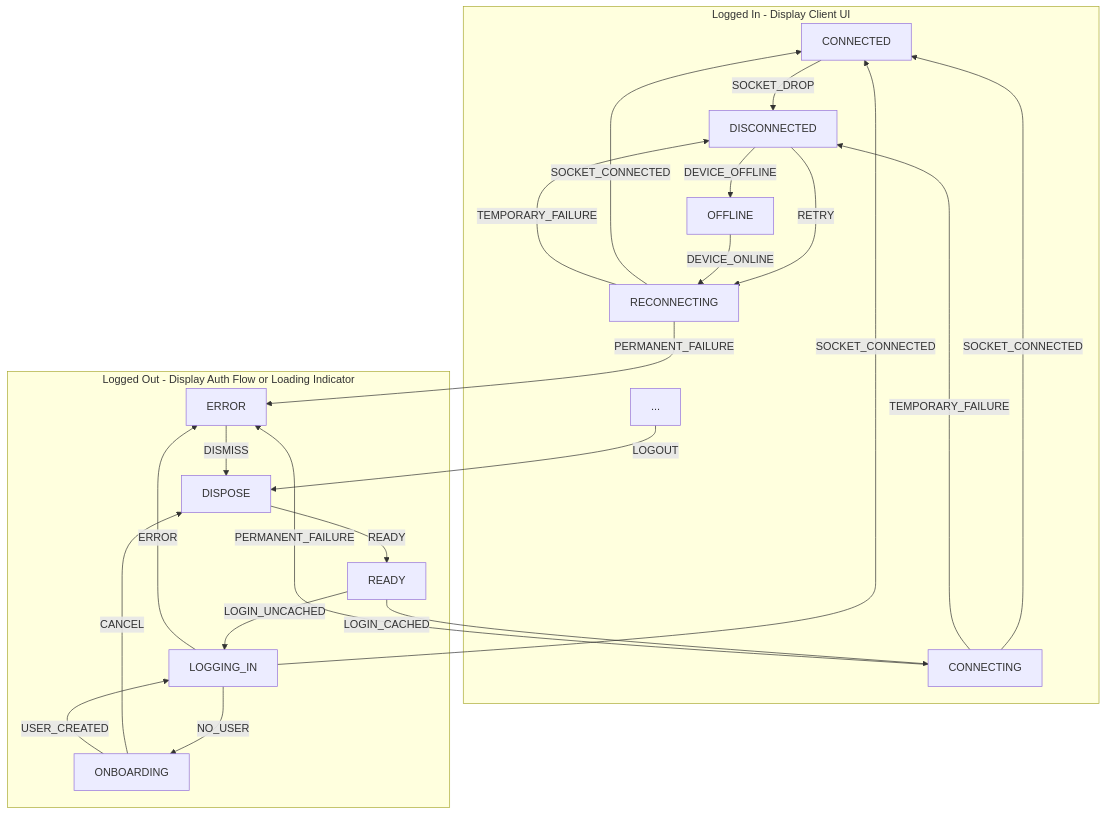
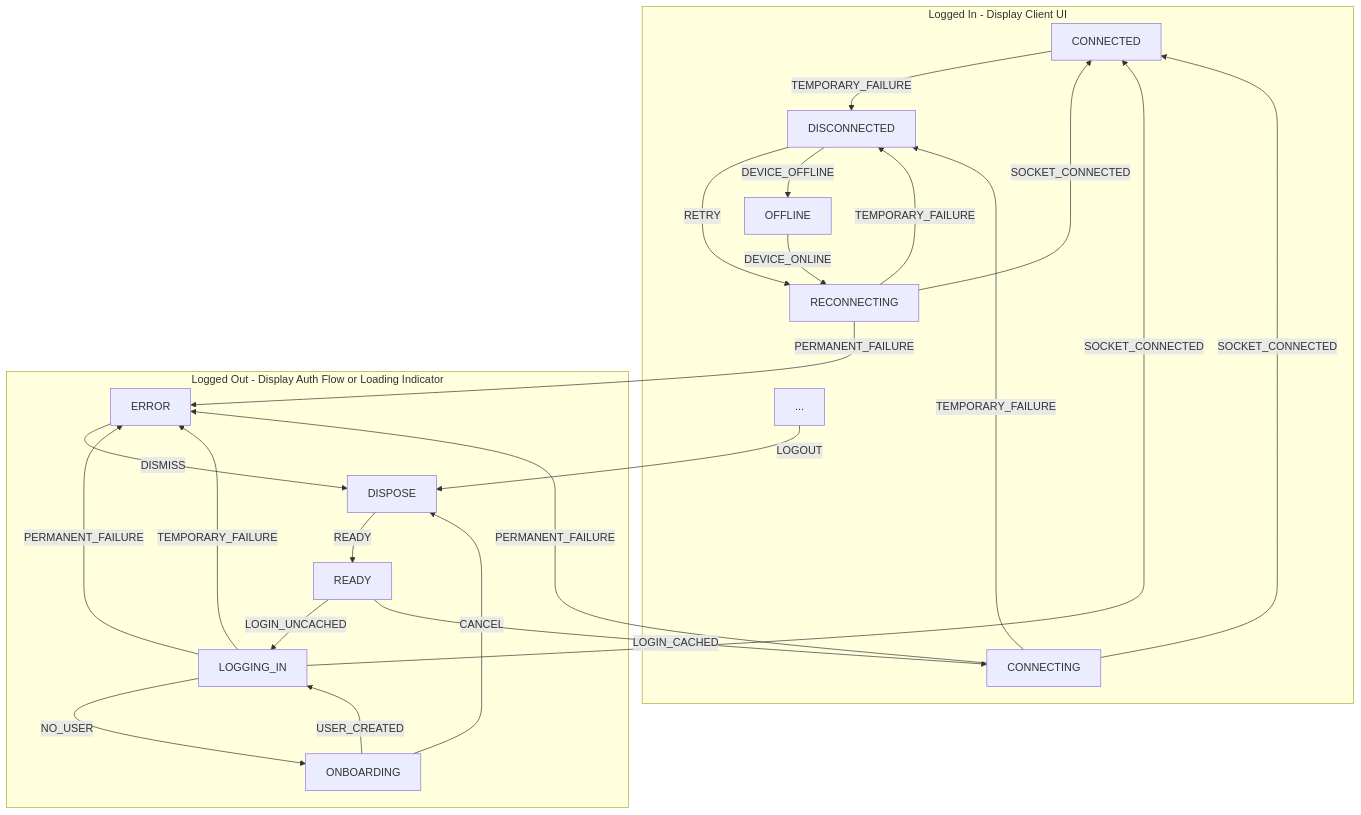
Before and after one commit to revoltchat/frontend: the diagram in doc/src/components/client/session-lifecycle.md, drawn with Mermaid. The commit also changed 1 other file, not shown here.

Commit message:
refactor: remove SOCKET_DROP transition

````diff
--- a/doc/src/components/client/session-lifecycle.md
+++ b/doc/src/components/client/session-lifecycle.md
@@ -9,43 +9,44 @@
 ```mermaid
 flowchart TD
 subgraph LOGGED_IN[Logged In - Display Client UI]
 CONNECTED
 CONNECTING
 RECONNECTING
 DISCONNECTED
 OFFLINE
 ...
 end
 
 subgraph LOGGED_OUT[Logged Out - Display Auth Flow or Loading Indicator]
 READY
 LOGGING_IN
 ONBOARDING
 DISPOSE
 ERROR
 end
 
 READY -->|LOGIN_UNCACHED| LOGGING_IN
 READY -->|LOGIN_CACHED| CONNECTING
 LOGGING_IN -->|NO_USER| ONBOARDING
-LOGGING_IN -->|ERROR| ERROR
+LOGGING_IN -->|PERMANENT_FAILURE| ERROR
+LOGGING_IN -->|TEMPORARY_FAILURE| ERROR
 ONBOARDING -->|CANCEL| DISPOSE
 DISPOSE -->|READY| READY
 ERROR -->|DISMISS| DISPOSE
 
 LOGGING_IN -->|SOCKET_CONNECTED| CONNECTED
 RECONNECTING -->|SOCKET_CONNECTED| CONNECTED
 CONNECTING -->|SOCKET_CONNECTED| CONNECTED
 
 ONBOARDING -->|USER_CREATED| LOGGING_IN
-CONNECTED -->|SOCKET_DROP| DISCONNECTED
+CONNECTED -->|TEMPORARY_FAILURE| DISCONNECTED
 DISCONNECTED -->|RETRY| RECONNECTING
 DISCONNECTED -->|DEVICE_OFFLINE| OFFLINE
 RECONNECTING -->|TEMPORARY_FAILURE| DISCONNECTED
 CONNECTING -->|TEMPORARY_FAILURE| DISCONNECTED
 CONNECTING -->|PERMANENT_FAILURE| ERROR
 RECONNECTING -->|PERMANENT_FAILURE| ERROR
 OFFLINE -->|DEVICE_ONLINE| RECONNECTING
 
 ... -->|LOGOUT| DISPOSE
 ```
````
